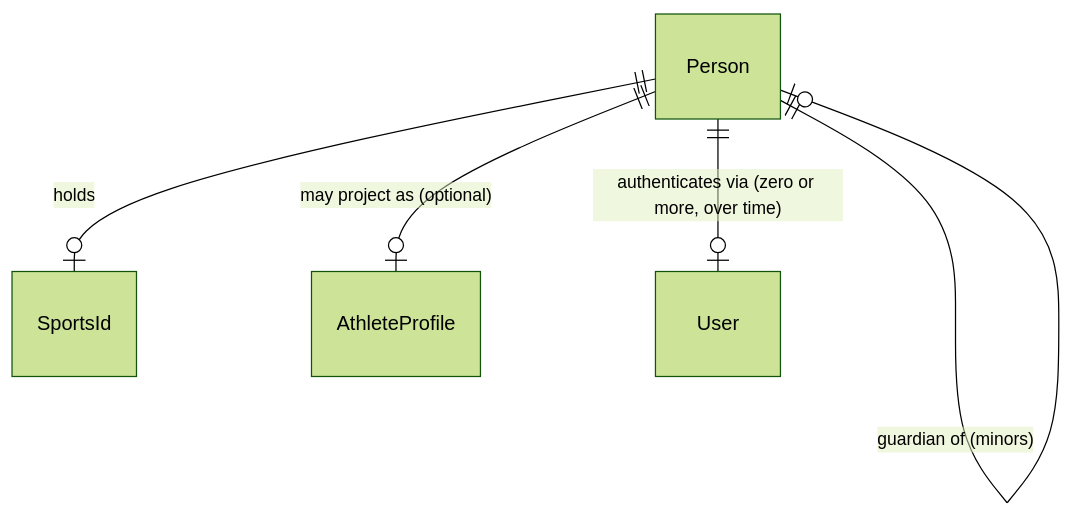
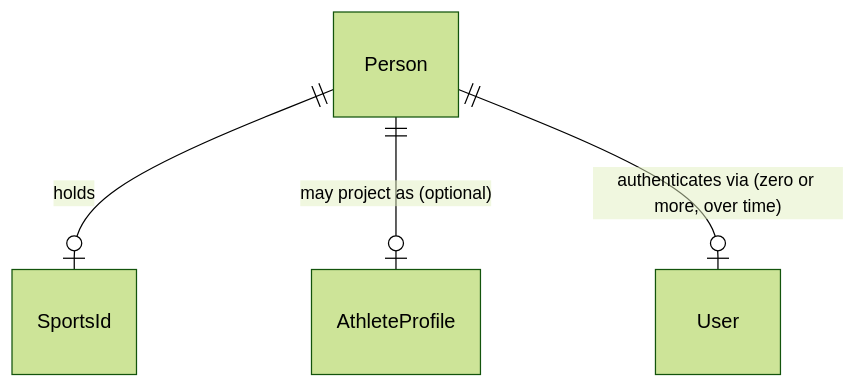
The first of 2 diagrams in docs/architecture/identity-model.md (njaglobal/SportsOS), drawn with Mermaid (forest theme) before and after one commit. The commit also changed other lines of this file and 41 other files, not shown here.

````diff
--- a/docs/architecture/identity-model.md
+++ b/docs/architecture/identity-model.md
@@ -33,7 +33,6 @@
 ```mermaid
 erDiagram
   Person ||--o| SportsId : holds
   Person ||--o| AthleteProfile : "may project as (optional)"
   Person ||--o| User : "authenticates via (zero or more, over time)"
-  Person ||--o| Person : "guardian of (minors)"
 ```
````
